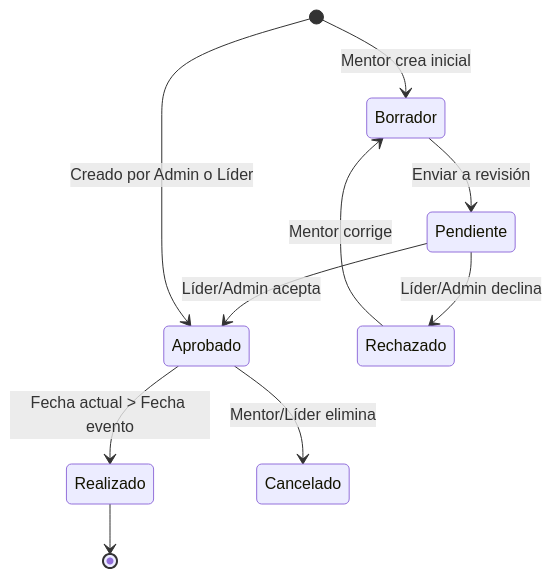
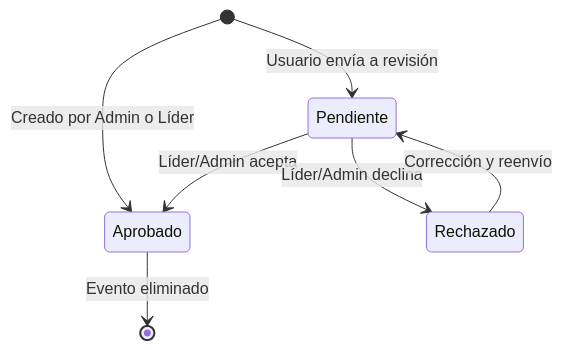
One commit to CTechuni/ctech_web changed the sixth of 6 diagrams in requi.md. Above: the diagram before and after it, drawn with Mermaid. The commit also changed other lines of this file and 2 other files, not shown here.

First line of the commit message:
docs: actualizar documentación eliminando referencias a mentor, cursos y módulos obsoletos

````diff
--- a/requi.md
+++ b/requi.md
@@ -214,12 +199,9 @@
 ```mermaid
 stateDiagram-v2
-    [*] --> Borrador: Mentor crea inicial
-    Borrador --> Pendiente: Enviar a revisión
+    [*] --> Pendiente: Usuario envía a revisión
+    [*] --> Aprobado: Creado por Admin o Líder
     Pendiente --> Aprobado: Líder/Admin acepta
     Pendiente --> Rechazado: Líder/Admin declina
-    Aprobado --> Realizado: Fecha actual > Fecha evento
-    Aprobado --> Cancelado: Mentor/Líder elimina
-    Rechazado --> Borrador: Mentor corrige
-    [*] --> Aprobado: Creado por Admin o Líder
-    Realizado --> [*]
+    Rechazado --> Pendiente: Corrección y reenvío
+    Aprobado --> [*]: Evento eliminado
 ```
````
